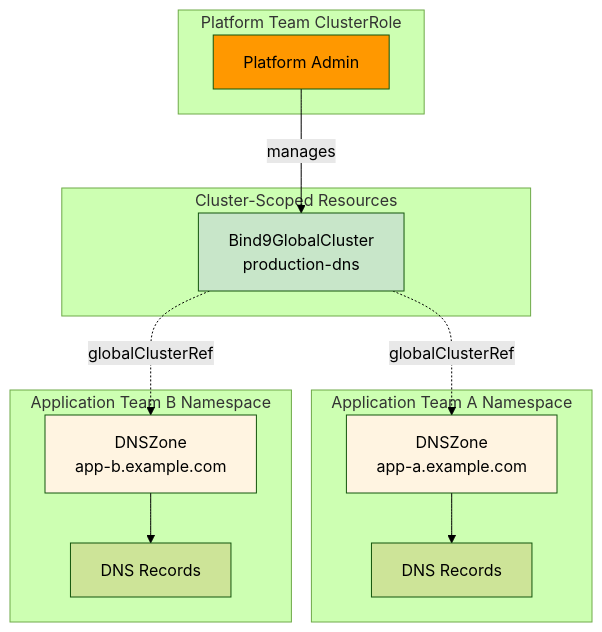
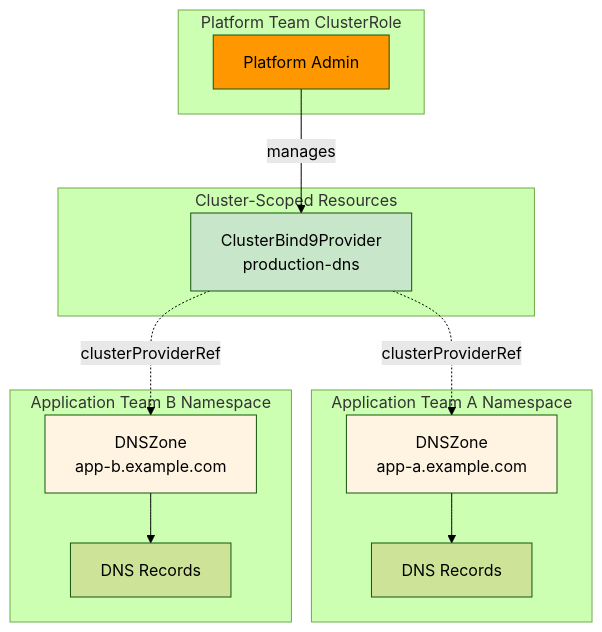
One commit to firestoned/bindy changed the first of 3 diagrams in docs/src/guide/multi-tenancy.md. Above: the diagram before and after it, drawn with Mermaid (forest theme). The commit also changed other lines of this file and 42 other files, not shown here.

Commit message:
Major: rename CRD Bind9GlobalCluster to ClusterBind9Provider

````diff
--- a/docs/src/guide/multi-tenancy.md
+++ b/docs/src/guide/multi-tenancy.md
@@ -37,31 +37,31 @@
 ```mermaid
 graph TB
     subgraph "Platform Team ClusterRole"
         PlatformAdmin[Platform Admin]
     end
 
     subgraph "Cluster-Scoped Resources"
-        GlobalCluster[Bind9GlobalCluster<br/>production-dns]
+        GlobalCluster[ClusterBind9Provider<br/>production-dns]
     end
 
     subgraph "Application Team A Namespace"
         ZoneA[DNSZone<br/>app-a.example.com]
         RecordsA[DNS Records]
     end
 
     subgraph "Application Team B Namespace"
         ZoneB[DNSZone<br/>app-b.example.com]
         RecordsB[DNS Records]
     end
 
     PlatformAdmin -->|manages| GlobalCluster
-    GlobalCluster -.globalClusterRef.-> ZoneA
-    GlobalCluster -.globalClusterRef.-> ZoneB
+    GlobalCluster -.clusterProviderRef.-> ZoneA
+    GlobalCluster -.clusterProviderRef.-> ZoneB
     ZoneA --> RecordsA
     ZoneB --> RecordsB
 
     style PlatformAdmin fill:#ff9800
     style GlobalCluster fill:#c8e6c9
     style ZoneA fill:#fff4e1
     style ZoneB fill:#fff4e1
 ```
````
